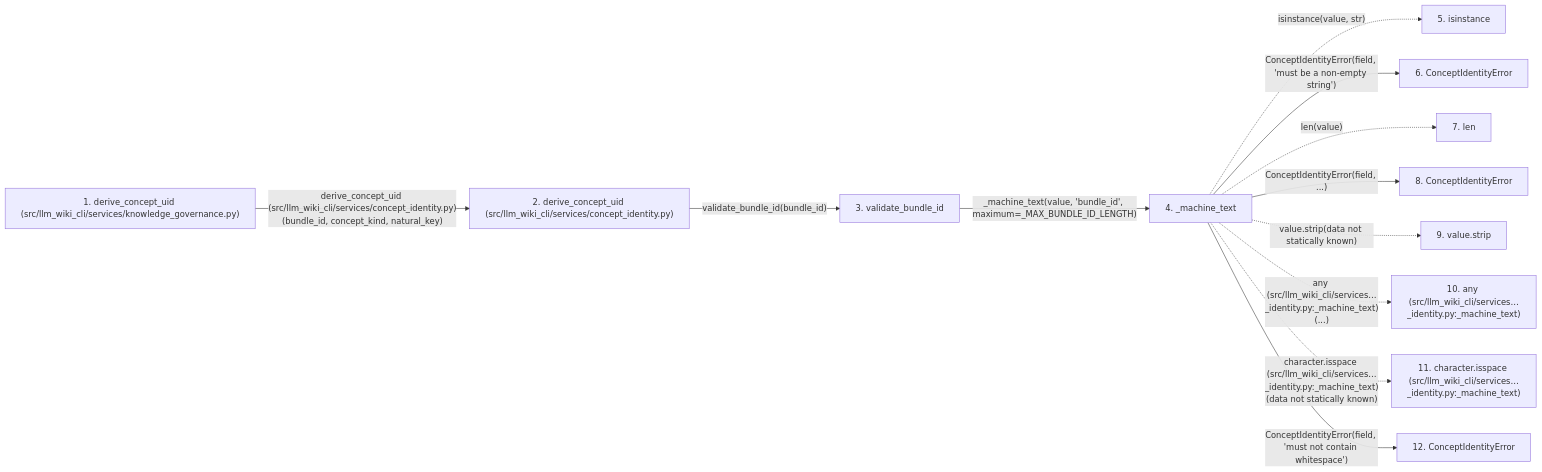
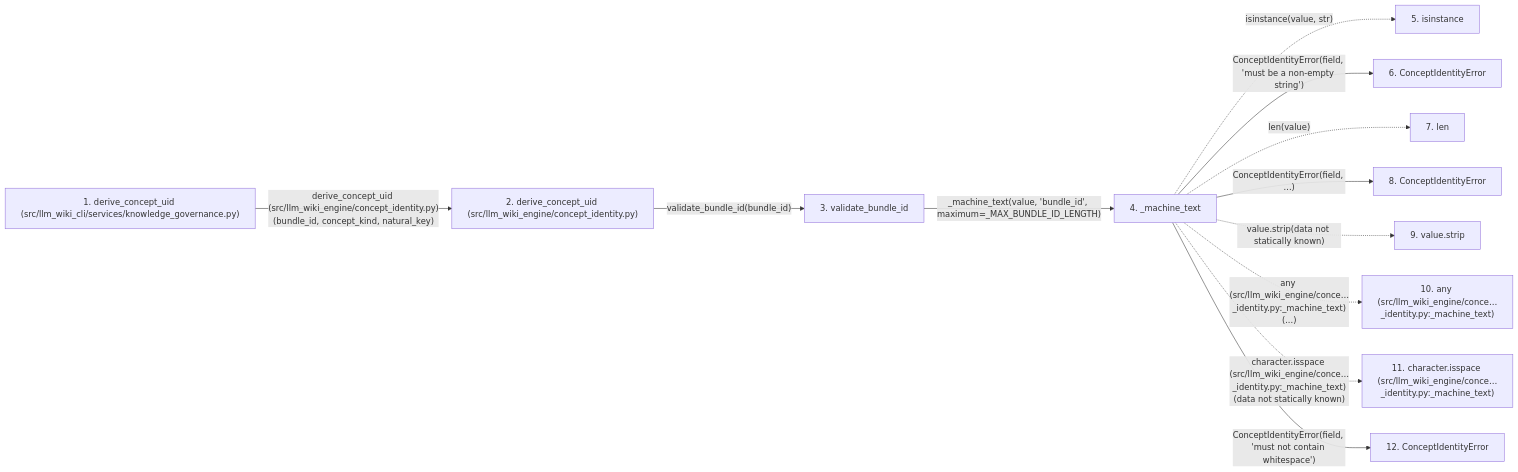
Before and after one commit to Denissvgn/python-wiki-llm: the second of 2 diagrams in docs/llm_wiki/flows/api-derive_concept_uid-knowledge_governance.md, drawn with Mermaid. The commit also changed other lines of this file and 1103 other files, not shown here.

First line of the commit message:
docs: refresh the wiki for the llm-wiki-engine distribution

````diff
--- a/docs/llm_wiki/flows/api-derive_concept_uid-knowledge_governance.md
+++ b/docs/llm_wiki/flows/api-derive_concept_uid-knowledge_governance.md
@@ -125,33 +125,33 @@
 ```mermaid
 flowchart LR
     s1["1. derive_concept_uid (src/llm_wiki_cli/services/knowledge_governance.py)"]
-    s2["2. derive_concept_uid (src/llm_wiki_cli/services/concept_identity.py)"]
+    s2["2. derive_concept_uid (src/llm_wiki_engine/concept_identity.py)"]
     s3["3. validate_bundle_id"]
     s4["4. _machine_text"]
     s5["5. isinstance"]
     s6["6. ConceptIdentityError"]
     s7["7. len"]
     s8["8. ConceptIdentityError"]
     s9["9. value.strip"]
-    s10["10. any (src/llm_wiki_cli/services…_identity.py:_machine_text)"]
-    s11["11. character.isspace (src/llm_wiki_cli/services…_identity.py:_machine_text)"]
+    s10["10. any (src/llm_wiki_engine/conce…_identity.py:_machine_text)"]
+    s11["11. character.isspace (src/llm_wiki_engine/conce…_identity.py:_machine_text)"]
     s12["12. ConceptIdentityError"]
-    s1 -->|"derive_concept_uid (src/llm_wiki_cli/services/concept_identity.py)(bundle_id, concept_kind, natural_key)"| s2
+    s1 -->|"derive_concept_uid (src/llm_wiki_engine/concept_identity.py)(bundle_id, concept_kind, natural_key)"| s2
     s2 -->|"validate_bundle_id(bundle_id)"| s3
     s3 -->|"_machine_text(value, 'bundle_id', maximum=_MAX_BUNDLE_ID_LENGTH)"| s4
     s4 -. "isinstance(value, str)" .-> s5
     s4 -->|"ConceptIdentityError(field, 'must be a non-empty string')"| s6
     s4 -. "len(value)" .-> s7
     s4 -->|"ConceptIdentityError(field, ...)"| s8
     s4 -. "value.strip(data not statically known)" .-> s9
-    s4 -. "any (src/llm_wiki_cli/services…_identity.py:_machine_text)(...)" .-> s10
-    s4 -. "character.isspace (src/llm_wiki_cli/services…_identity.py:_machine_text)(data not statically known)" .-> s11
+    s4 -. "any (src/llm_wiki_engine/conce…_identity.py:_machine_text)(...)" .-> s10
+    s4 -. "character.isspace (src/llm_wiki_engine/conce…_identity.py:_machine_text)(data not statically known)" .-> s11
     s4 -->|"ConceptIdentityError(field, 'must not contain whitespace')"| s12
     click s1 "../modules/knowledge_governance.md"
     click s2 "../modules/concept_identity.md"
     click s3 "../modules/concept_identity.md"
     click s4 "../modules/concept_identity.md"
     click s6 "../modules/concept_identity.md"
     click s8 "../modules/concept_identity.md"
     click s12 "../modules/concept_identity.md"
 ```
````
